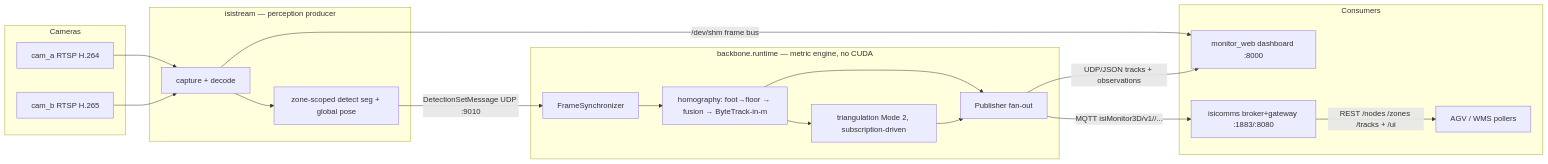
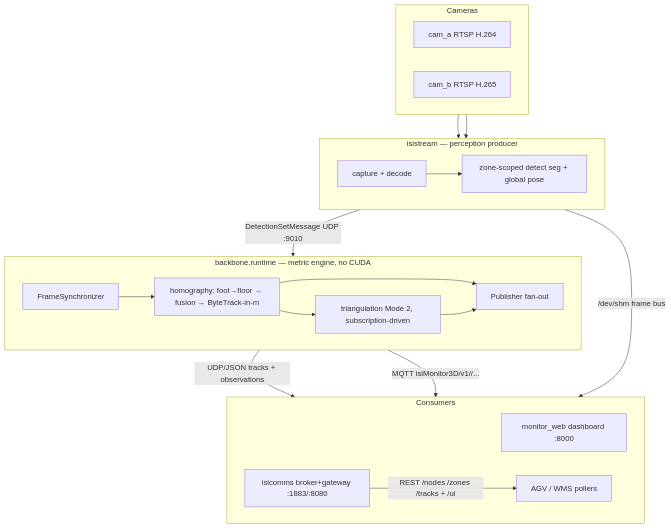
One commit to waledroid/isi_monitor3d changed the diagram in cheatsheet/docs/index.md. Above: the diagram before and after it, drawn with Mermaid. The commit also changed other lines of this file and 9 other files, not shown here.

First line of the commit message:
cheatsheet: condense to true cheat-sheet density; bigger TD overview diagram

````diff
--- a/cheatsheet/docs/index.md
+++ b/cheatsheet/docs/index.md
@@ -9,27 +9,31 @@
 ```mermaid
-flowchart LR
+flowchart TD
   subgraph cams[Cameras]
+    direction LR
     A[cam_a RTSP H.264]
     B[cam_b RTSP H.265]
   end
   subgraph isistream[isistream — perception producer]
+    direction LR
     CAP[capture + decode] --> ZS[zone-scoped detect seg + global pose]
   end
   subgraph engine[backbone.runtime — metric engine, no CUDA]
+    direction LR
     SY[FrameSynchronizer] --> HG[homography: foot→floor → fusion → ByteTrack-in-m]
     HG --> TR[triangulation Mode 2, subscription-driven]
     HG --> PB[Publisher fan-out]
     TR --> PB
   end
   subgraph consumers[Consumers]
+    direction LR
     MW[monitor_web dashboard :8000]
     GW[isicomms broker+gateway :1883/:8080]
     AGV[AGV / WMS pollers]
   end
   A & B --> CAP
   ZS -- "DetectionSetMessage UDP :9010" --> SY
   CAP -- "/dev/shm frame bus" --> MW
   PB -- "UDP/JSON tracks + observations" --> MW
   PB -- "MQTT isiMonitor3D/v1/<node>/..." --> GW
   GW -- "REST /nodes /zones /tracks + /ui" --> AGV
 ```
````
